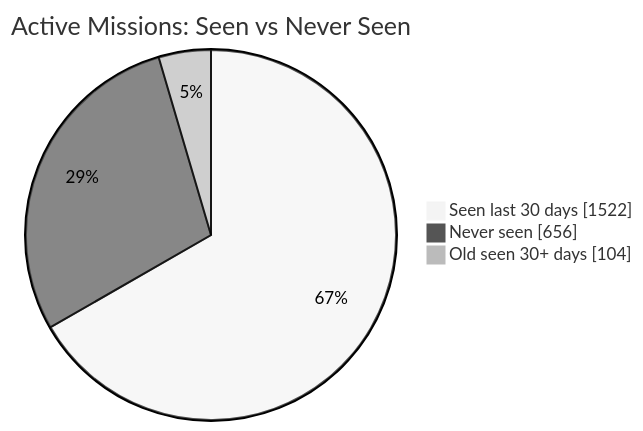
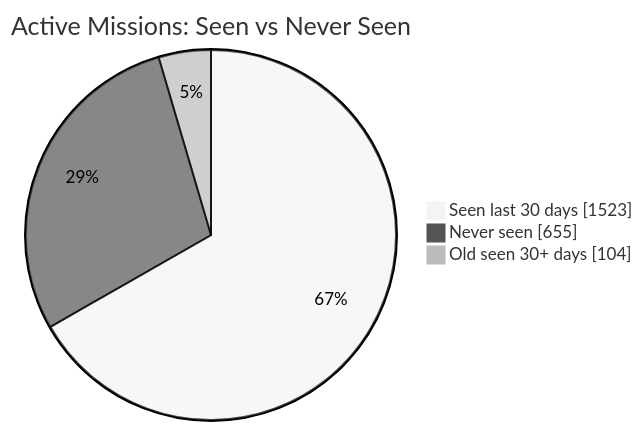
Before and after one commit to MeldkamerspelGameTeam/active-missions: the first of 2 diagrams in README.md, drawn with Mermaid (neutral theme). The commit also changed other lines of this file and 2 other files, not shown here.

````diff
--- a/README.md
+++ b/README.md
@@ -34,7 +34,7 @@
 ```mermaid
 pie showData
     title Active Missions: Seen vs Never Seen
-    "Seen last 30 days" : 1522
-    "Never seen" : 656
+    "Seen last 30 days" : 1523
+    "Never seen" : 655
     "Old seen 30+ days" : 104
 ```
````
